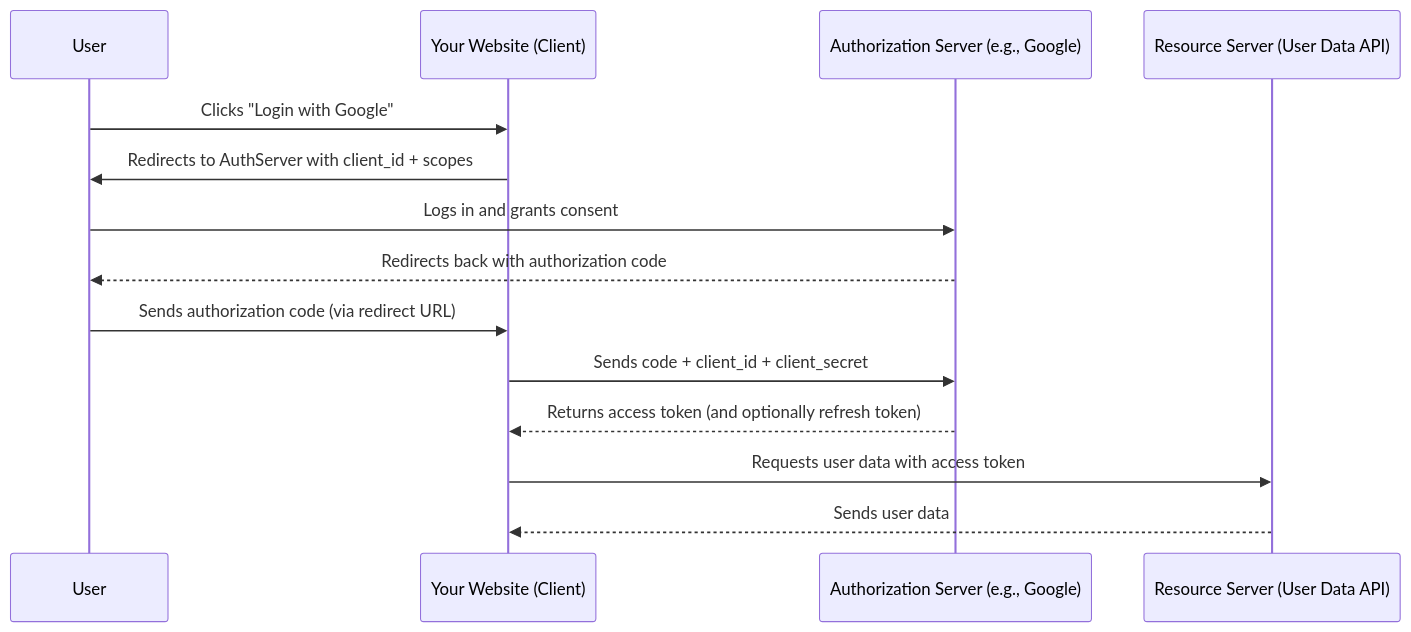
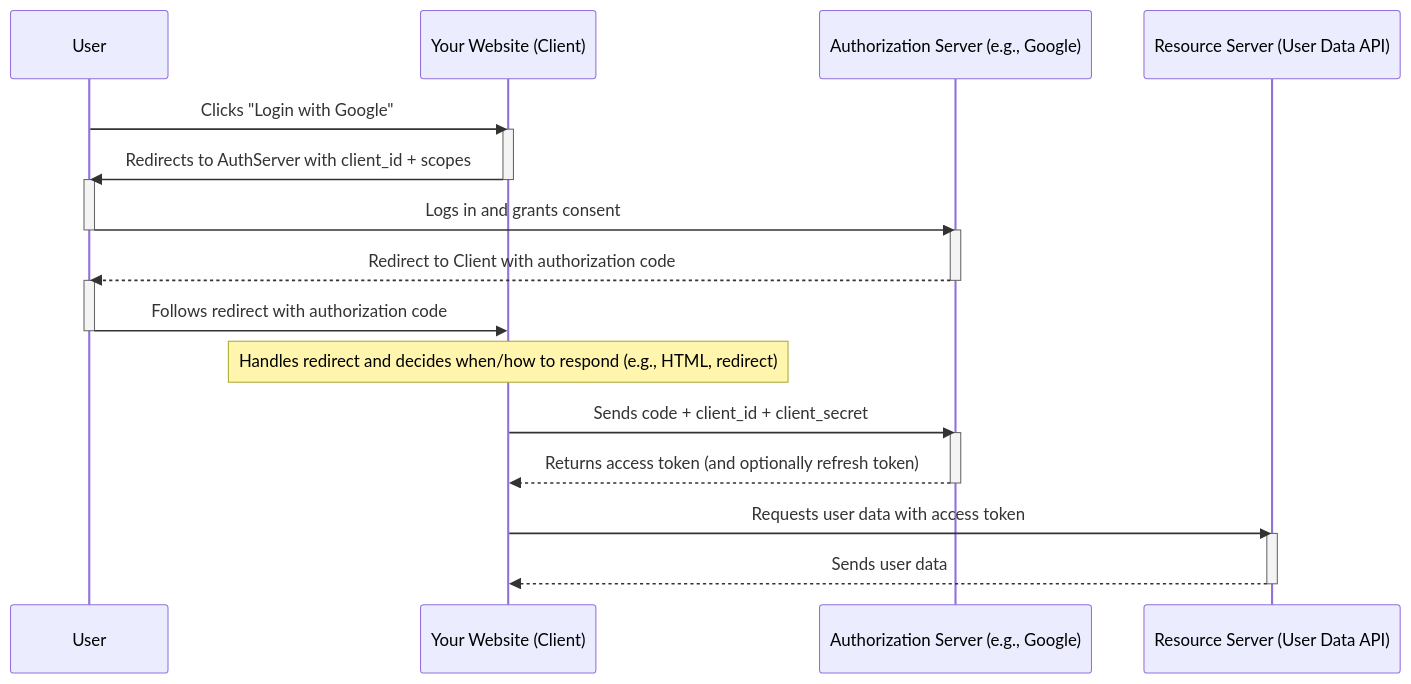
Before and after one commit to Matheus-de-Mello-Vieira/backend-knowledge: the diagram in Autentication/OAuth 2.0.md, drawn with Mermaid. The commit also changed 2 other files, not shown here.

Commit message:
postgresql

````diff
--- a/Autentication/OAuth 2.0.md
+++ b/Autentication/OAuth 2.0.md
@@ -26,18 +26,36 @@
 ```mermaid
 sequenceDiagram
     participant User
     participant Client as Your Website (Client)
     participant AuthServer as Authorization Server (e.g., Google)
     participant ResourceServer as Resource Server (User Data API)
 
     User->>Client: Clicks "Login with Google"
+    activate Client
     Client->>User: Redirects to AuthServer with client_id + scopes
+    deactivate Client
+
+    activate User
     User->>AuthServer: Logs in and grants consent
-    AuthServer-->>User: Redirects back with authorization code
-    User->>Client: Sends authorization code (via redirect URL)
+    deactivate User
+
+    activate AuthServer
+    AuthServer-->>User: Redirect to Client with authorization code
+    deactivate AuthServer
+
+    activate User
+    User->>Client: Follows redirect with authorization code
+    deactivate User
+    Note over Client: Handles redirect and decides when/how to respond (e.g., HTML, redirect)
+
     Client->>AuthServer: Sends code + client_id + client_secret
+    activate AuthServer
     AuthServer-->>Client: Returns access token (and optionally refresh token)
+    deactivate AuthServer
+
     Client->>ResourceServer: Requests user data with access token
+    activate ResourceServer
     ResourceServer-->>Client: Sends user data
+    deactivate ResourceServer
 
 ```
````
